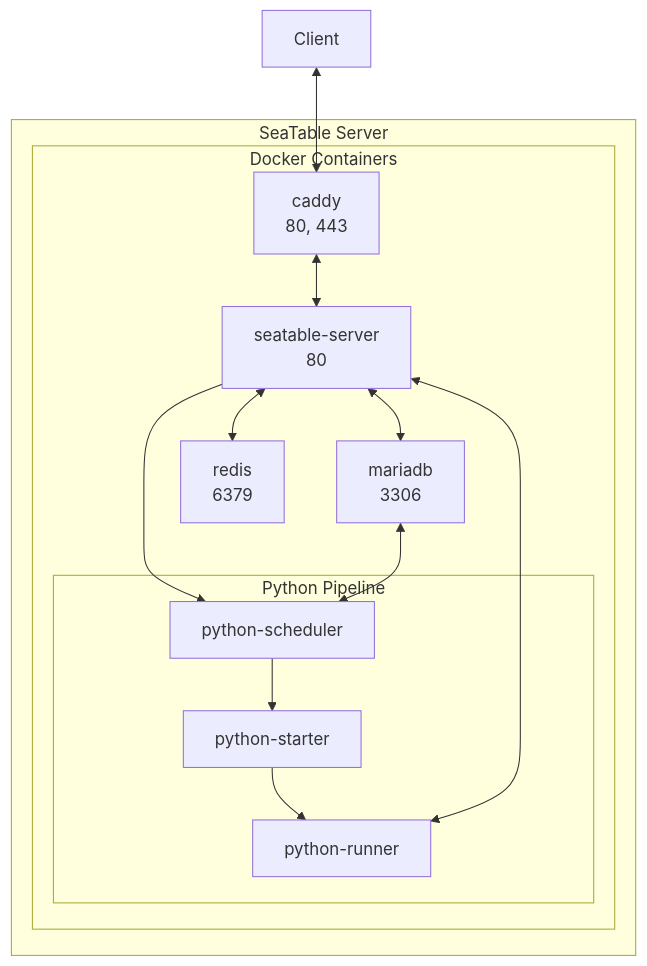
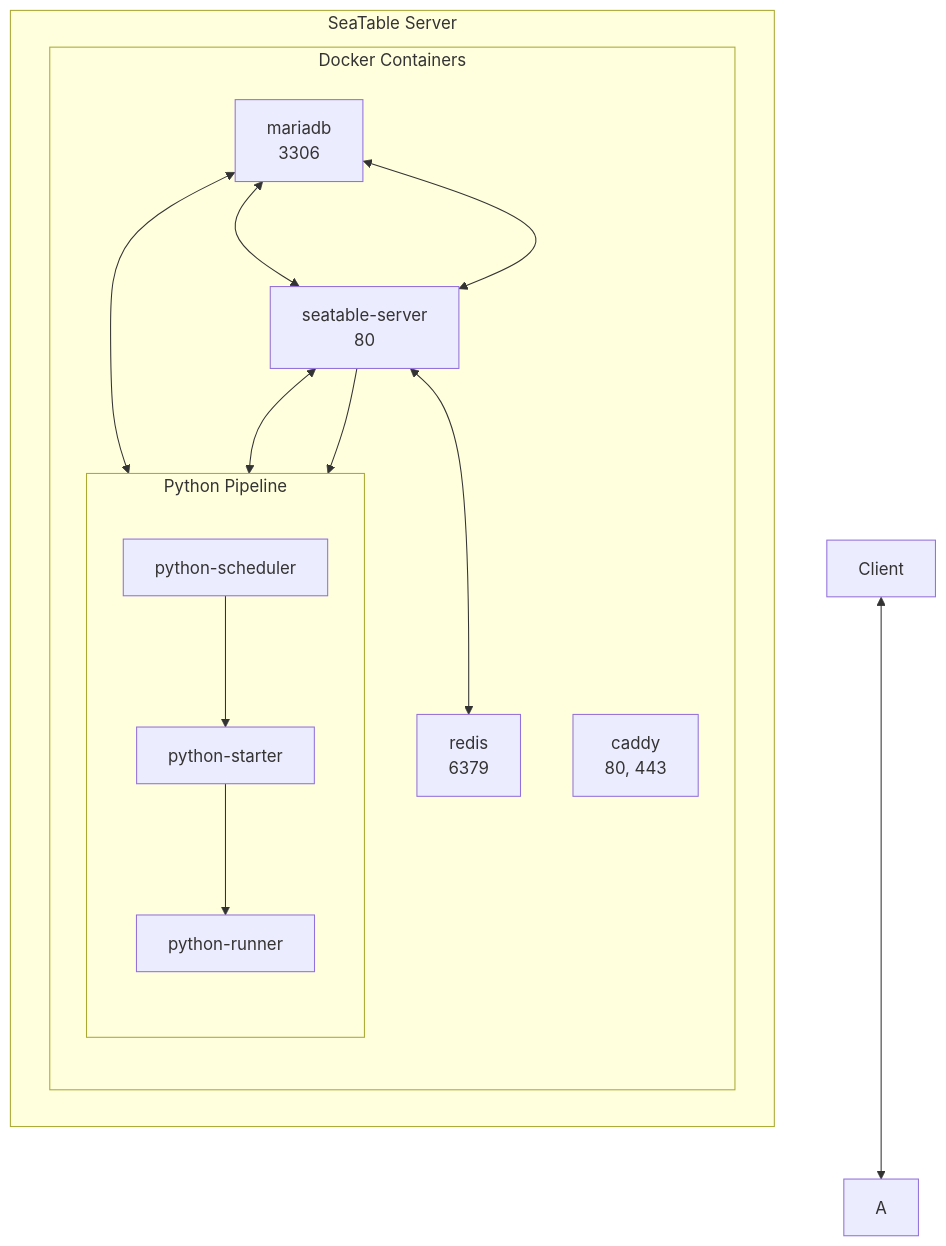
The second of 3 diagrams in docs/introduction/architecture.md (seatable/seatable-admin-docs), drawn with Mermaid before and after one commit.

Commit message:
Updated directions in Mermaid diagram

````diff
--- a/docs/introduction/architecture.md
+++ b/docs/introduction/architecture.md
@@ -33,25 +33,28 @@
 ```mermaid
 flowchart TB
     Client<-->A
     subgraph s[SeaTable Server]
+        direction LR
         subgraph d[Docker Containers]
-            A[caddy<br/>80, 443]
-            B[seatable-server<br/>80]
-            C[mariadb<br/>3306]
-            D[redis<br/>6379]
-            A<-->B
-            B<-->C
-            B<-->D
+            direction TD
+            C[caddy<br/>80, 443]
+            SS[seatable-server<br/>80]
+            MDB[mariadb<br/>3306]
+            R[redis<br/>6379]
+            MDB<-->SS
+            SS<-->MDB
+            SS<-->R
                subgraph p[Python Pipeline]
+                  direction TD
                   PSc[python-scheduler]
                   PSt[python-starter]
                   PR[python-runner]
                   PSc-->PSt
                   PSt-->PR
                end
-            B-->PSc
-            B<-->PR
-            C<-->PSc
+            SS-->PSc
+            SS<-->PR
+            MDB<-->PSc
         end
     end
 ```
````
